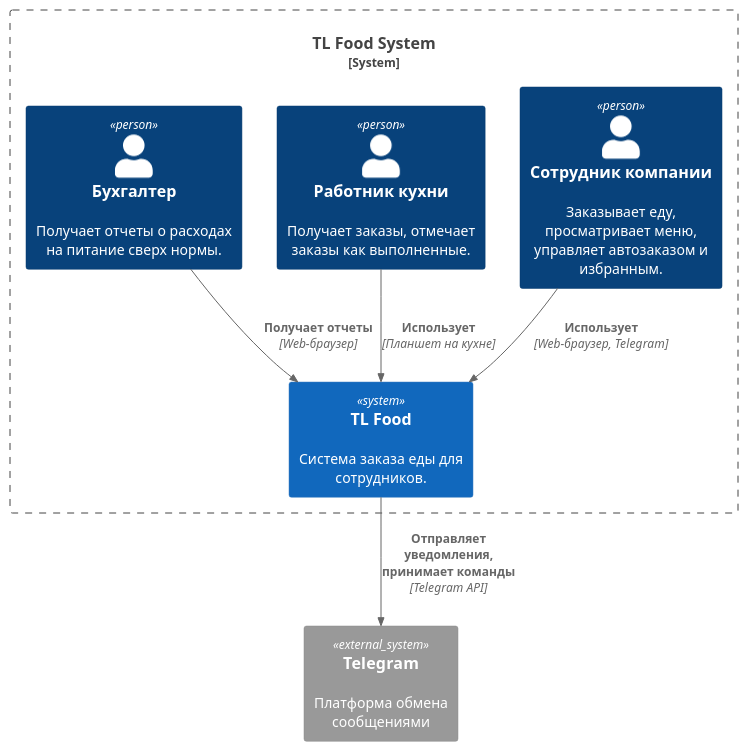
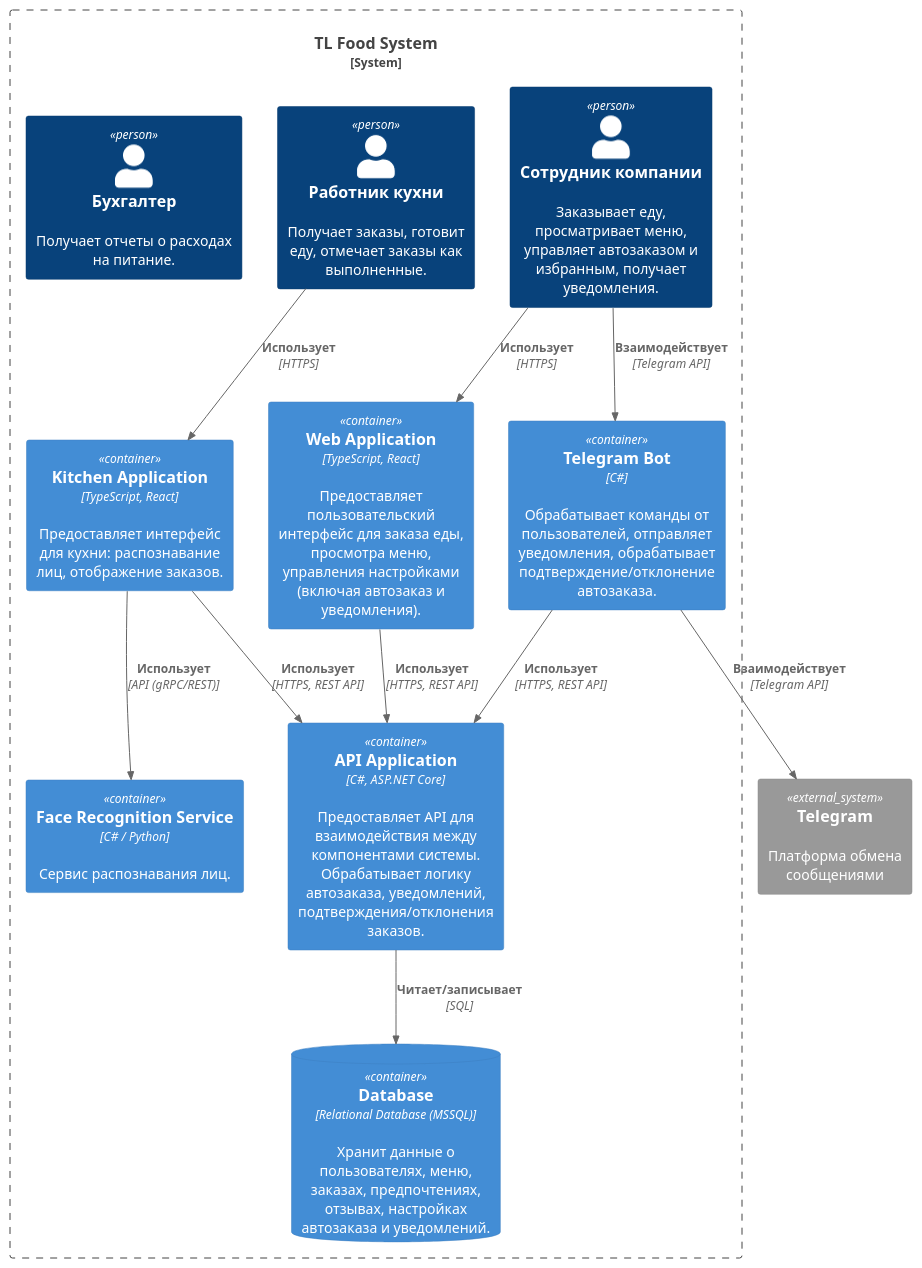
The diagram in C4/Container C4.md (GornikMaria/SoftwareProjectManagement), drawn with PlantUML before and after one commit. The commit also changed other lines of this file and 16 other files, not shown here.

````diff
--- a/C4/Container C4.md
+++ b/C4/Container C4.md
@@ -23,24 +21,41 @@
 ```plantuml
 @startuml
-!include <c4/C4_Context>
+!include <c4/C4_Container>
 
 System_Boundary(c1, "TL Food System") {
-    Person(user, "Сотрудник компании", "Заказывает еду, просматривает меню, управляет автозаказом и избранным.")
-    Person(cook, "Работник кухни", "Получает заказы, отмечает заказы как выполненные.")
-    Person(accountant, "Бухгалтер", "Получает отчеты о расходах на питание сверх нормы.")
-    System(tlfood, "TL Food", "Система заказа еды для сотрудников.")
+    Person(user, "Сотрудник компании", "Заказывает еду, просматривает меню, управляет автозаказом и избранным, получает уведомления.")
+    Person(cook, "Работник кухни", "Получает заказы, готовит еду, отмечает заказы как выполненные.")
+    Person(accountant, "Бухгалтер", "Получает отчеты о расходах на питание.")
+
+    ContainerDb(database, "Database", "Relational Database (MSSQL)", "Хранит данные о пользователях, меню, заказах, предпочтениях, отзывах, настройках автозаказа и уведомлений.")
+
+    Container(web_app, "Web Application", "TypeScript, React", "Предоставляет пользовательский интерфейс для заказа еды, просмотра меню, управления настройками (включая автозаказ и уведомления).")
+    Rel(user, web_app, "Использует", "HTTPS")
+
+    Container(kitchen_app, "Kitchen Application", "TypeScript, React", "Предоставляет интерфейс для кухни: распознавание лиц, отображение заказов.")
+    Rel(cook, kitchen_app, "Использует", "HTTPS")
+
+    Container(tg_bot, "Telegram Bot", "C#", "Обрабатывает команды от пользователей, отправляет уведомления, обрабатывает подтверждение/отклонение автозаказа.")
+    Rel(user, tg_bot, "Взаимодействует", "Telegram API")
+
+    Container(api, "API Application", "C#, ASP.NET Core", "Предоставляет API для взаимодействия между компонентами системы. Обрабатывает логику автозаказа, уведомлений, подтверждения/отклонения заказов.")
+    Rel(web_app, api, "Использует", "HTTPS, REST API")
+    Rel(kitchen_app, api, "Использует", "HTTPS, REST API")
+    Rel(tg_bot, api, "Использует", "HTTPS, REST API")
+
+    Rel(api, database, "Читает/записывает", "SQL")
+
+    Container(face_recognition, "Face Recognition Service", "C# / Python", "Сервис распознавания лиц.")
+    Rel(kitchen_app, face_recognition, "Использует", "API (gRPC/REST)")
+
+    ' Опционально: Сервис уведомлений (если будет выделен в отдельный микросервис)
+    ' Container(notification_service, "Notification Service", "C# / Node.js", "Отвечает за отправку уведомлений пользователям (через Telegram и, возможно, другие каналы).")
+    ' Rel(api, notification_service, "Использует", "API (Message Queue)")
+    ' Rel(notification_service, telegram, "Отправляет уведомления", "Telegram API")
 }
 
-Rel(user, tlfood, "Использует", "Web-браузер, Telegram")
-Rel(cook, tlfood, "Использует", "Планшет на кухне")
-Rel(accountant, tlfood, "Получает отчеты", "Web-браузер")
+System_Ext(telegram, "Telegram", "Платформа обмена сообщениями")
+Rel(tg_bot, telegram, "Взаимодействует", "Telegram API")
 
-' Внешние системы (пока что только Telegram, но в будущем могут быть и другие)
-System_Ext(telegram, "Telegram", "Платформа обмена сообщениями")
-Rel(tlfood, telegram, "Отправляет уведомления, принимает команды", "Telegram API")
-
-' Связи с внешними системами (в будущем)
-' System_Ext(accounting, "Система бухгалтерского учета", "Используется для учета расходов на питание")
-' Rel(tlfood, accounting, "Передает данные о расходах", "API")
 @enduml
 ```
````
